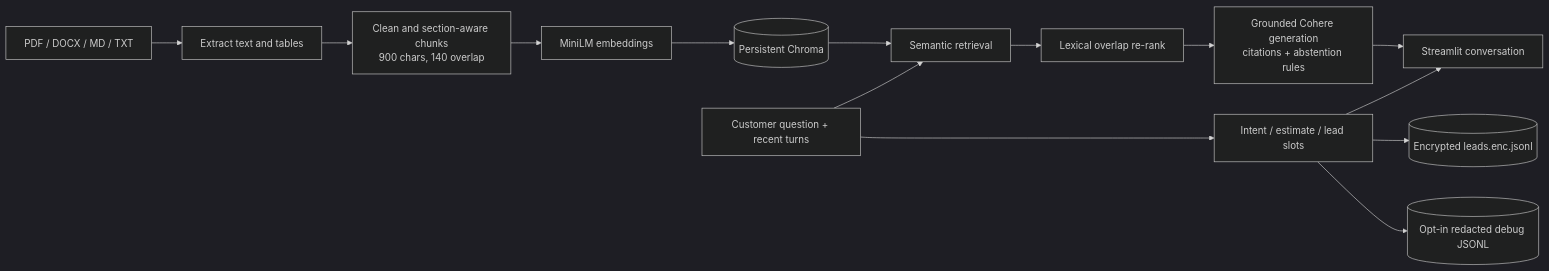
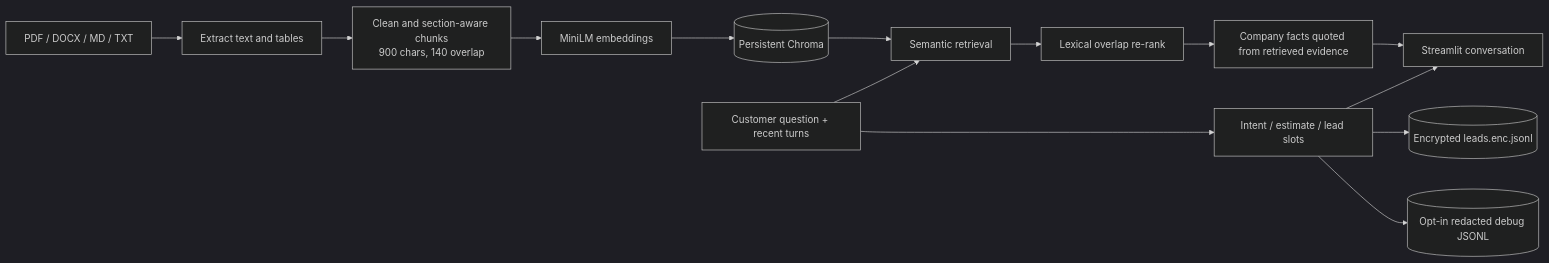
The diagram in README.md (DevanshuRawal/Construction-RAG-Chatbot), drawn with Mermaid (dark theme) before and after one commit. The commit also changed other lines of this file and 15 other files, not shown here.

````diff
--- a/README.md
+++ b/README.md
@@ -48,16 +48,16 @@
 ```mermaid
 flowchart LR
   A[PDF / DOCX / MD / TXT] --> B[Extract text and tables]
   B --> C[Clean and section-aware chunks<br/>900 chars, 140 overlap]
   C --> D[MiniLM embeddings]
   D --> E[(Persistent Chroma)]
   Q[Customer question + recent turns] --> F[Semantic retrieval]
   F --> G[Lexical overlap re-rank]
   E --> F
-  G --> H[Grounded Cohere generation<br/>citations + abstention rules]
+  G --> H[Company facts quoted from retrieved evidence]
   H --> I[Streamlit conversation]
   Q --> J[Intent / estimate / lead slots]
   J --> I
   J --> K[(Encrypted leads.enc.jsonl)]
   J --> L[(Opt-in redacted debug JSONL)]
 ```
````
